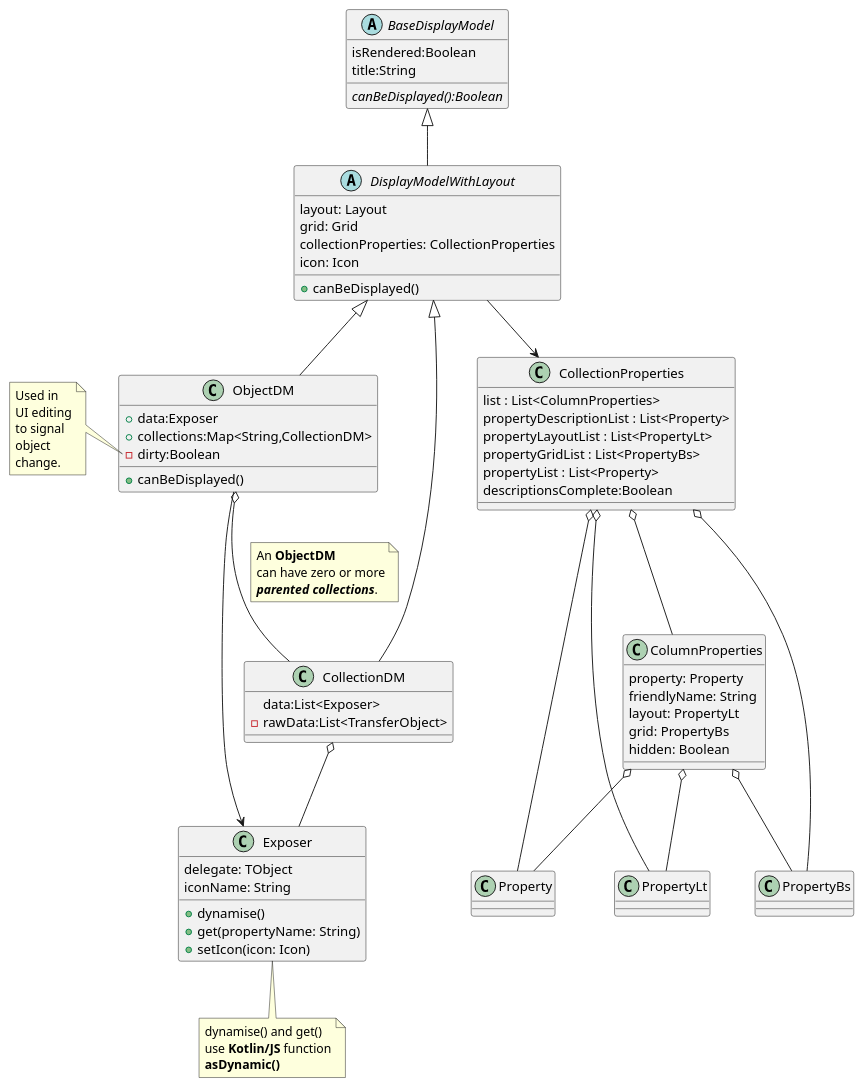
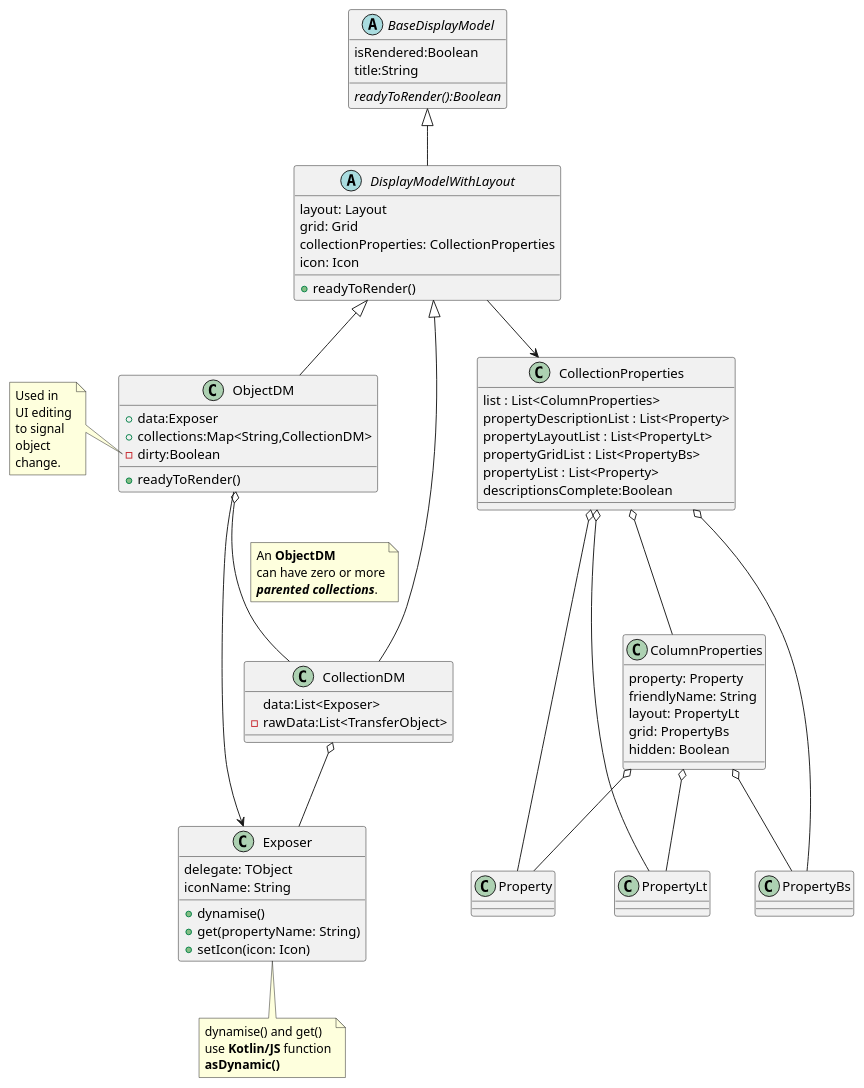
One commit to apache/causeway changed the diagram in incubator/clients/kroviz/adoc/modules/kroviz/partials/design/class-diagram_layout.adoc. Above: the diagram before and after it, drawn with PlantUML. The commit also changed 32 other files, not shown here.

```diff
--- a/incubator/clients/kroviz/adoc/modules/kroviz/partials/design/class-diagram_layout.adoc
+++ b/incubator/clients/kroviz/adoc/modules/kroviz/partials/design/class-diagram_layout.adoc
@@ -52,7 +52,7 @@
 abstract class BaseDisplayModel {
     isRendered:Boolean
     title:String
-    {abstract} canBeDisplayed():Boolean
+    {abstract} readyToRender():Boolean
 }
 
 abstract class DisplayModelWithLayout {
@@ -60,7 +60,7 @@
     grid: Grid
     collectionProperties: CollectionProperties
     icon: Icon
-    + canBeDisplayed()
+    + readyToRender()
 }
 
 DisplayModelWithLayout --> CollectionProperties
@@ -69,7 +69,7 @@
     + data:Exposer
     + collections:Map<String,CollectionDM>
     - dirty:Boolean
-    + canBeDisplayed()
+    + readyToRender()
 }
 note left of ObjectDM::dirty
 Used in
```
